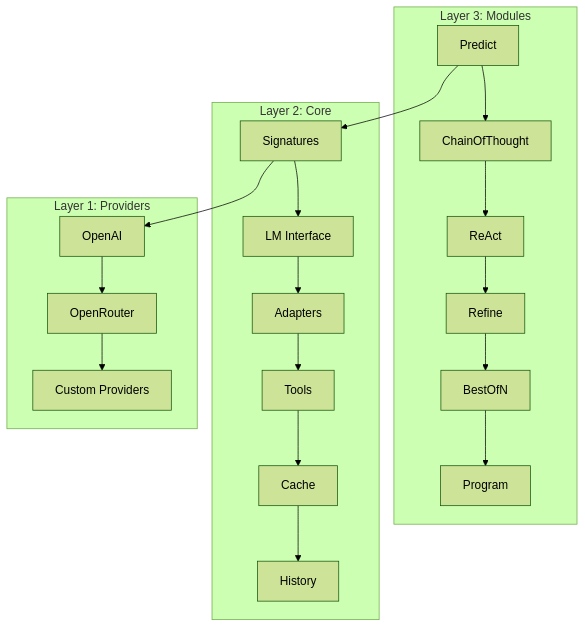
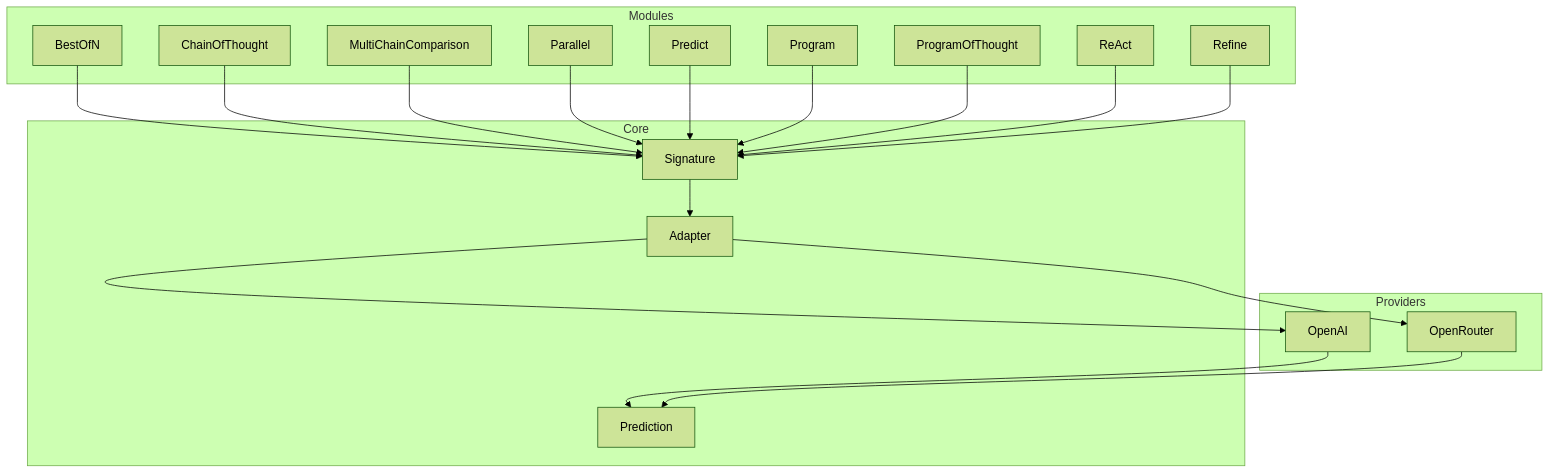
One commit to assagman/dsgo changed the first of 2 diagrams in README.md. Above: the diagram before and after it, drawn with Mermaid (forest theme). The commit also changed other lines of this file and 19 other files, not shown here.

````diff
--- a/README.md
+++ b/README.md
@@ -103,26 +7,41 @@
 ```mermaid
 graph TB
-    subgraph "Layer 3: Modules"
-        A[Predict] --> B[ChainOfThought]
-        B --> C[ReAct]
-        C --> D[Refine]
-        D --> E[BestOfN]
-        E --> F[Program]
-    end
+  subgraph "Providers"
+    P1[OpenAI]
+    P2[OpenRouter]
+  end
 
-    subgraph "Layer 2: Core"
-        G[Signatures] --> H[LM Interface]
-        H --> I[Adapters]
-        I --> J[Tools]
-        J --> K[Cache]
-        K --> L[History]
-    end
+  subgraph "Core"
+    C1[Signature]
+    C2[Adapter]
+    C3[Prediction]
+  end
 
-    subgraph "Layer 1: Providers"
-        M[OpenAI] --> N[OpenRouter]
-        N --> O[Custom Providers]
-    end
+  subgraph "Modules"
+    M1[BestOfN]
+    M2[ChainOfThought]
+    M3[MultiChainComparison]
+    M4[Parallel]
+    M5[Predict]
+    M6[Program]
+    M7[ProgramOfThought]
+    M8[ReAct]
+    M9[Refine]
+  end
 
-    A --> G
-    G --> M
+  M1 --> C1
+  M2 --> C1
+  M3 --> C1
+  M4 --> C1
+  M5 --> C1
+  M6 --> C1
+  M7 --> C1
+  M8 --> C1
+  M9 --> C1
+
+  C1 --> C2
+  C2 --> P1
+  C2 --> P2
+  P1 --> C3
+  P2 --> C3
 ```
````
